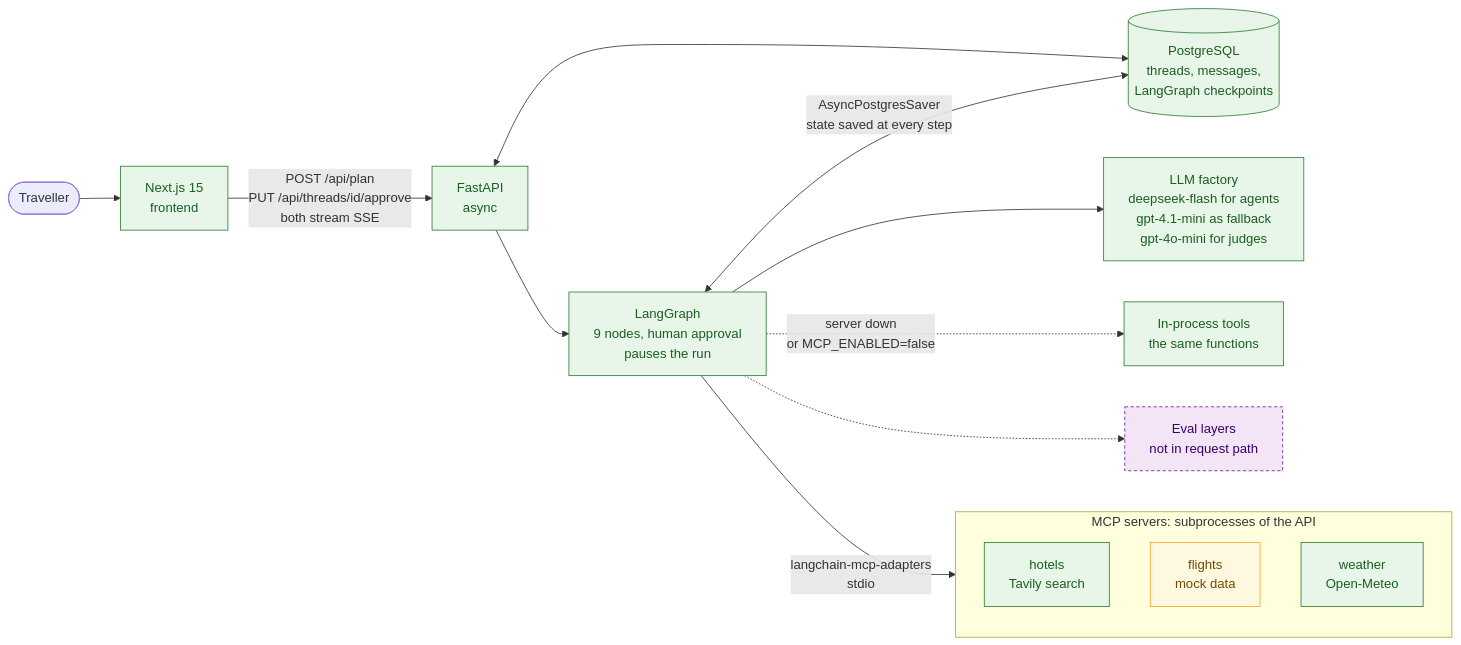
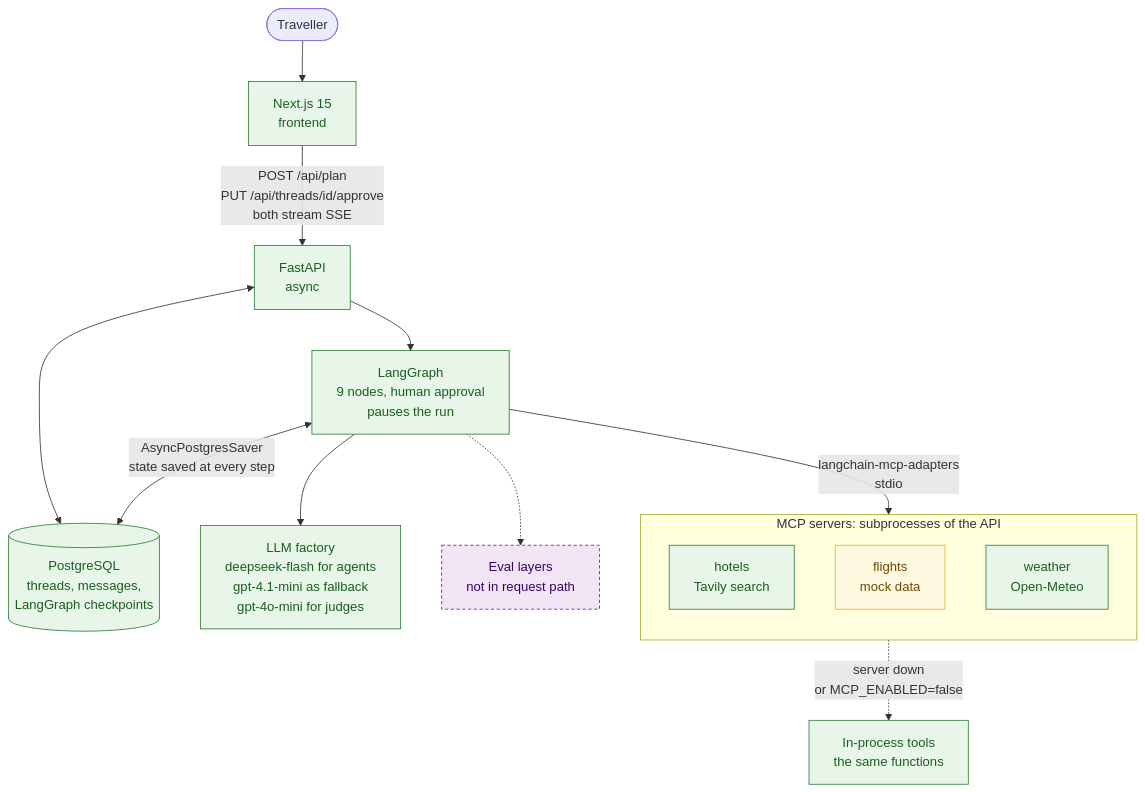
The sixth of 26 diagrams in README.md (Amith-Ganta/Yatra-AI---A-Multi-Agent-Travel-Planner-with-LangGraph), drawn with Mermaid before and after one commit. The commit also changed other lines of this file and 2 other files, not shown here.

First line of the commit message:
Rewrite README with live URL, 26 validated Mermaid diagrams and an evidence ladder

````diff
--- a/README.md
+++ b/README.md
@@ -57,27 +285,27 @@
 ```mermaid
-flowchart LR
+flowchart TB
     U([Traveller]) --> FE["Next.js 15<br/>frontend"]
     FE -->|"POST /api/plan<br/>PUT /api/threads/id/approve<br/>both stream SSE"| API["FastAPI<br/>async"]
     API <--> PG[("PostgreSQL<br/>threads, messages,<br/>LangGraph checkpoints")]
     API --> G["LangGraph<br/>9 nodes, human approval<br/>pauses the run"]
     G <-->|"AsyncPostgresSaver<br/>state saved at every step"| PG
     G --> LLM["LLM factory<br/>deepseek-flash for agents<br/>gpt-4.1-mini as fallback<br/>gpt-4o-mini for judges"]
     G -->|"langchain-mcp-adapters<br/>stdio"| MCP
 
     subgraph MCP["MCP servers: subprocesses of the API"]
         direction TB
         M1["hotels<br/>Tavily search"]
         M2["flights<br/>mock data"]
         M3["weather<br/>Open-Meteo"]
     end
 
-    G -.->|"server down<br/>or MCP_ENABLED=false"| FB["In-process tools<br/>the same functions"]
+    MCP -.->|"server down<br/>or MCP_ENABLED=false"| FB["In-process tools<br/>the same functions"]
     G -.-> EV["Eval layers<br/>not in request path"]
 
     classDef live fill:#e8f5e9,stroke:#2e7d32,color:#1b5e20;
     classDef mock fill:#fff8e1,stroke:#f9a825,color:#6d4c00;
     classDef planned fill:#f3e5f5,stroke:#6a1b9a,color:#38006b,stroke-dasharray: 4 3;
     class FE,API,PG,G,LLM,M1,M3,FB live;
     class M2 mock;
     class EV planned;
 ```
````
